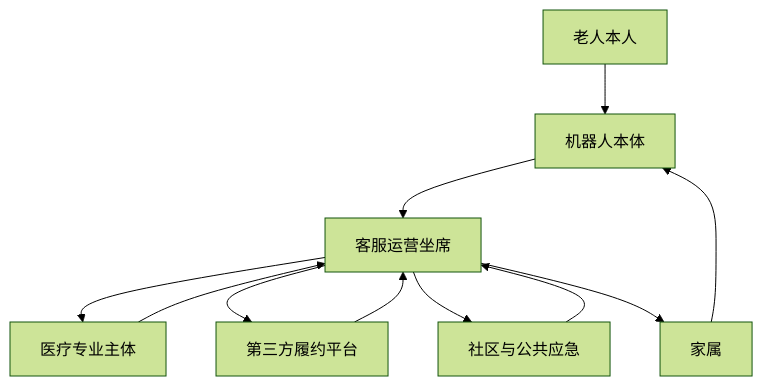
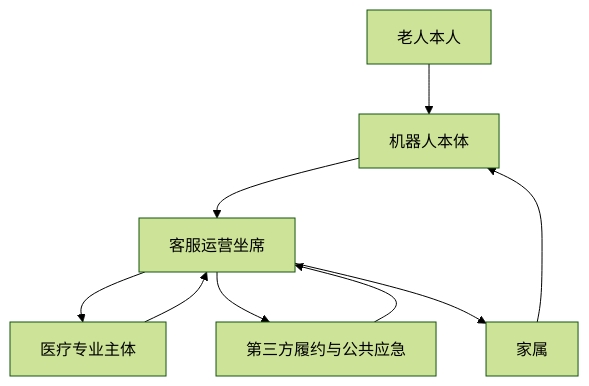
Before and after one commit to hlm12348765/Kinbot_OODA: the first of 2 diagrams in docs/02_p1_architecture/12_human_service_and_telemedicine_boundaries.md, drawn with Mermaid (forest theme). The commit also changed other lines of this file and 15 other files, not shown here.

First line of the commit message:
docs(architecture): complete v1 complexity reduction sync

````diff
--- a/docs/02_p1_architecture/12_human_service_and_telemedicine_boundaries.md
+++ b/docs/02_p1_architecture/12_human_service_and_telemedicine_boundaries.md
@@ -68,21 +61,18 @@
 ```mermaid
 graph TD
     U[老人本人]
     F[家属]
     R[机器人本体]
     O[客服运营坐席]
     M[医疗专业主体]
-    T[第三方履约平台]
-    E[社区与公共应急]
+    T[第三方履约与公共应急]
 
     U --> R
     F --> R
     R --> O
     O --> M
     O --> T
-    O --> E
     O --> F
     M --> O
     T --> O
-    E --> O
 ```
````
